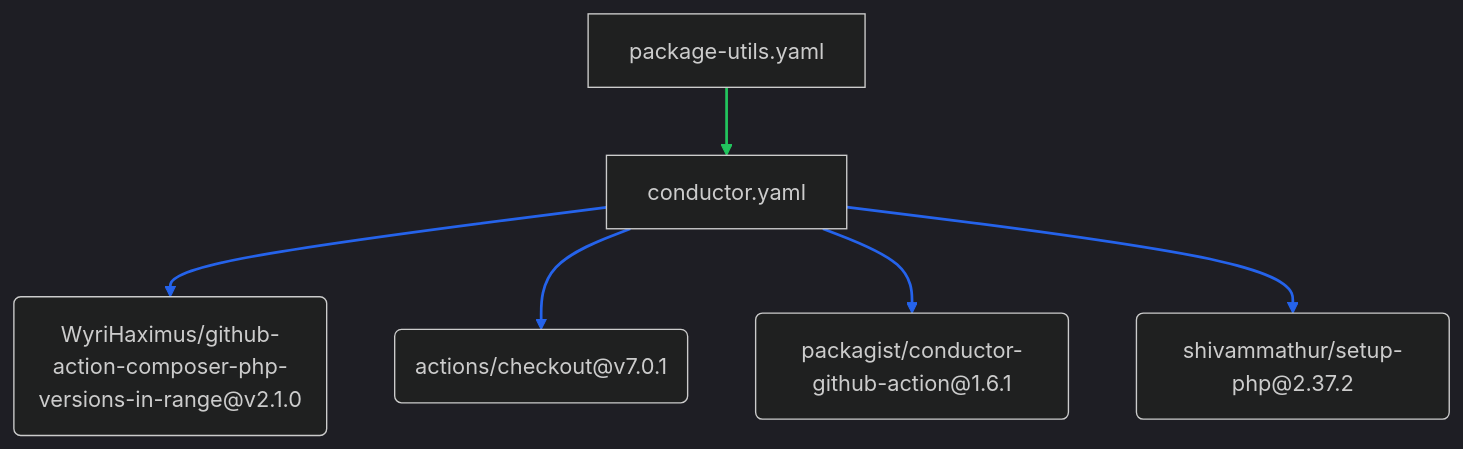
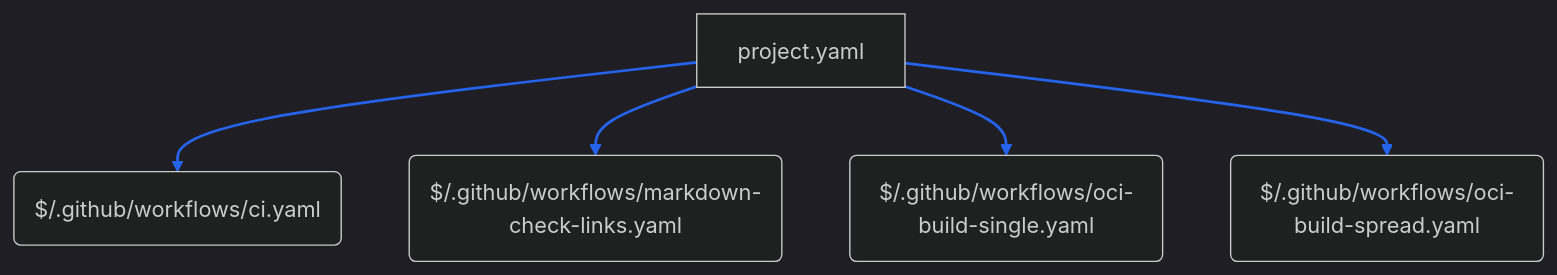
The fourth of 6 diagrams in README.md (WyriHaximus/github-workflows), drawn with Mermaid (dark theme) before and after one commit. The commit also changed other lines of this file and 3 other files, not shown here.

````diff
--- a/README.md
+++ b/README.md
@@ -498,16 +469,9 @@
 ```mermaid
 flowchart TB
-  package_utils_conductor["conductor.yaml"] --> package_utils_a0("WyriHaximus/github-action-composer-php-versions-in-range@v2.1.0")
-  package_utils_conductor["conductor.yaml"] --> package_utils_a1("actions/checkout@v7.0.1")
-  package_utils_conductor["conductor.yaml"] --> package_utils_a2("packagist/conductor-github-action@1.6.1")
-  package_utils_conductor["conductor.yaml"] --> package_utils_a3("shivammathur/setup-php@2.37.2")
-  package_utils_package_utils["package-utils.yaml"] --> package_utils_conductor["conductor.yaml"]
-  linkStyle 4 stroke:#22c55e,stroke-width:2px
+  project_project["project.yaml"] --> project_a0("$/.github/workflows/ci.yaml")
+  project_project["project.yaml"] --> project_a1("$/.github/workflows/markdown-check-links.yaml")
+  project_project["project.yaml"] --> project_a2("$/.github/workflows/oci-build-single.yaml")
+  project_project["project.yaml"] --> project_a3("$/.github/workflows/oci-build-spread.yaml")
   linkStyle 0,1,2,3 stroke:#2563eb,stroke-width:2px
-  click package_utils_a0 "https://github.com/WyriHaximus/github-action-composer-php-versions-in-range/releases/tag/v2.1.0" _blank
-  click package_utils_a1 "https://github.com/actions/checkout/releases/tag/v7.0.1" _blank
-  click package_utils_a2 "https://github.com/packagist/conductor-github-action/releases/tag/1.6.1" _blank
-  click package_utils_a3 "https://github.com/shivammathur/setup-php/releases/tag/2.37.2" _blank
-  click package_utils_conductor "https://github.com/WyriHaximus/github-workflows/blob/main/.github/workflows/conductor.yaml" _blank
-  click package_utils_package_utils "https://github.com/WyriHaximus/github-workflows/blob/main/.github/workflows/package-utils.yaml" _blank
+  click project_project "https://github.com/WyriHaximus/github-workflows/blob/main/.github/workflows/project.yaml" _blank
 ```
````
